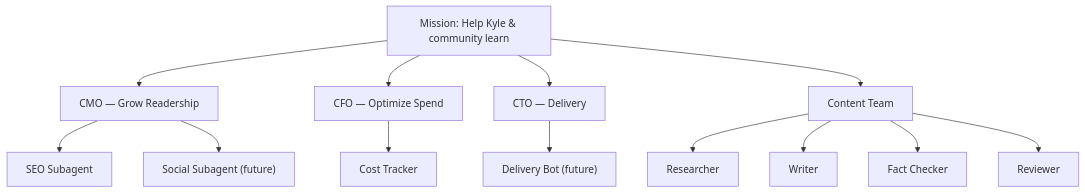
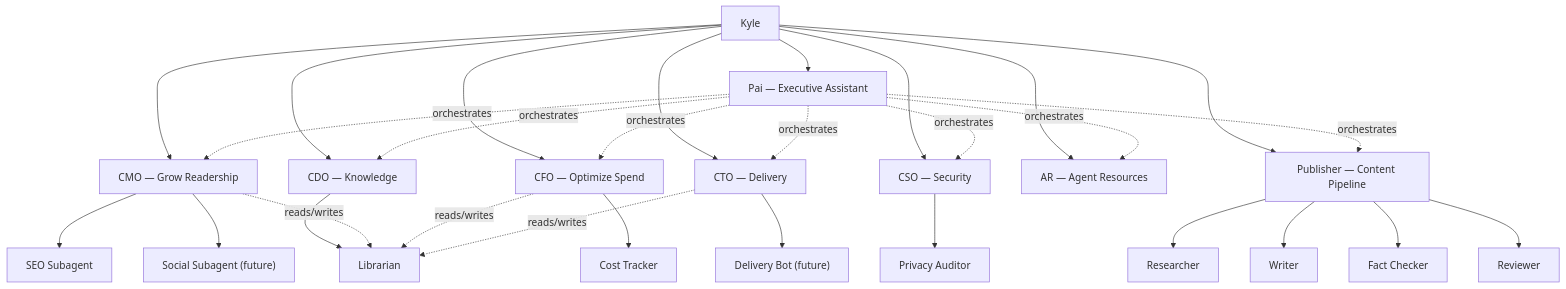
The diagram in apps/blog/blog/markdown/wiki/projects/agent-team/index.md (kylep/multi), drawn with Mermaid before and after one commit. The commit also changed other lines of this file and 54 other files, not shown here.

First line of the commit message:
Add Pai orchestration agent and agent-org-chart blog post (#41)

````diff
--- a/apps/blog/blog/markdown/wiki/projects/agent-team/index.md
+++ b/apps/blog/blog/markdown/wiki/projects/agent-team/index.md
@@ -34,33 +46,57 @@
 ```mermaid
 graph TD
-    Mission["Mission: Help Kyle & community learn"]
+    Kyle["Kyle"]
+    Pai["Pai — Executive Assistant"]
     CMO["CMO — Grow Readership"]
     CFO["CFO — Optimize Spend"]
     CTO["CTO — Delivery"]
-    Content["Content Team"]
+    CDO["CDO — Knowledge"]
+    CSO["CSO — Security"]
+    AR["AR — Agent Resources"]
+    Publisher["Publisher — Content Pipeline"]
 
     SEO["SEO Subagent"]
     Social["Social Subagent (future)"]
     CostTracker["Cost Tracker"]
     DeliveryBot["Delivery Bot (future)"]
+    Librarian["Librarian"]
+    PrivacyAuditor["Privacy Auditor"]
 
     Researcher["Researcher"]
     Writer["Writer"]
     FactChecker["Fact Checker"]
     Reviewer["Reviewer"]
 
-    Mission --> CMO
-    Mission --> CFO
-    Mission --> CTO
-    Mission --> Content
+    Kyle --> Pai
+    Kyle --> CMO
+    Kyle --> CFO
+    Kyle --> CTO
+    Kyle --> CDO
+    Kyle --> CSO
+    Kyle --> AR
+    Kyle --> Publisher
+
+    Pai -.->|orchestrates| CMO
+    Pai -.->|orchestrates| CFO
+    Pai -.->|orchestrates| CTO
+    Pai -.->|orchestrates| CDO
+    Pai -.->|orchestrates| CSO
+    Pai -.->|orchestrates| AR
+    Pai -.->|orchestrates| Publisher
 
     CMO --> SEO
     CMO --> Social
     CFO --> CostTracker
     CTO --> DeliveryBot
+    CDO --> Librarian
+    CSO --> PrivacyAuditor
 
-    Content --> Researcher
-    Content --> Writer
-    Content --> FactChecker
-    Content --> Reviewer
+    CMO -.->|reads/writes| Librarian
+    CFO -.->|reads/writes| Librarian
+    CTO -.->|reads/writes| Librarian
+
+    Publisher --> Researcher
+    Publisher --> Writer
+    Publisher --> FactChecker
+    Publisher --> Reviewer
 ```
````
